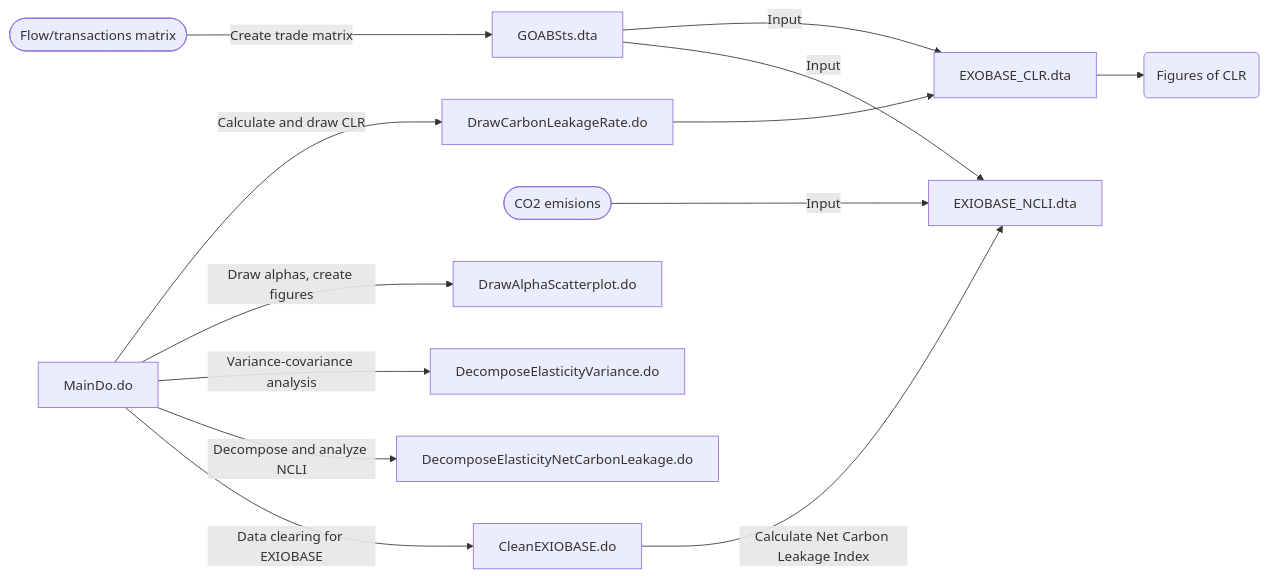
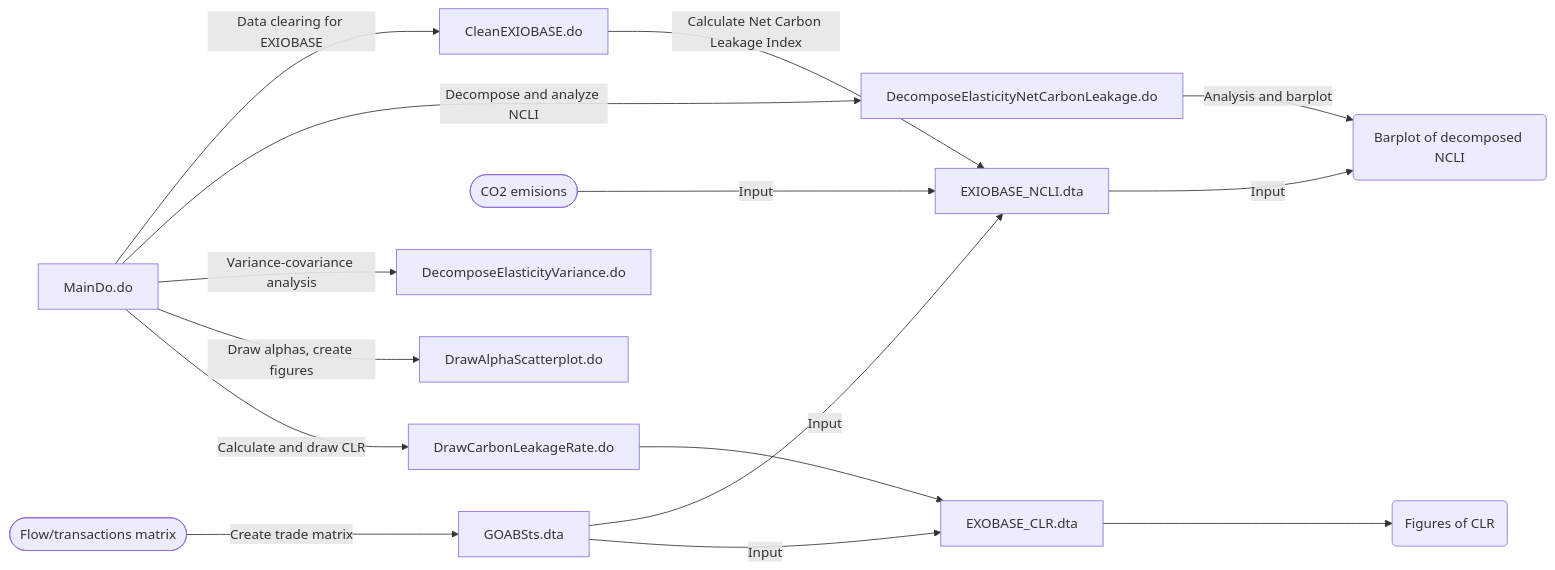
The diagram in README.md (AkariOno/Trade_Carbon), drawn with Mermaid before and after one commit.

````diff
--- a/README.md
+++ b/README.md
@@ -17,16 +17,18 @@
 ```mermaid
 graph LR;
     A[MainDo.do] --> |Data clearing for EXIOBASE|B[CleanEXIOBASE.do]
     C([Flow/transactions matrix]) --> |Create trade matrix|K[GOABSts.dta]
     E([CO2 emisions]) --> |Input|D[EXIOBASE_NCLI.dta]
     B --> |Calculate Net Carbon Leakage Index|D
     A --> |Decompose and analyze NCLI|F[DecomposeElasticityNetCarbonLeakage.do]
     A --> |Variance-covariance analysis|G[DecomposeElasticityVariance.do]
     A --> |Draw alphas, create figures|H[DrawAlphaScatterplot.do]
     A --> |Calculate and draw CLR|I[DrawCarbonLeakageRate.do]
     I --> J[EXOBASE_CLR.dta]
     K --> |Input|D
     K --> |Input|J
     J --> L(Figures of CLR)
+    D --> |Input|M(Barplot of decomposed NCLI)
+    F --> |Analysis and barplot|M
    
 ```
````
